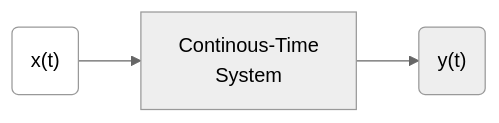
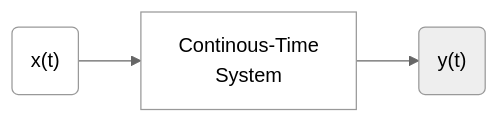
Before and after one commit to setrar/dsp: the diagram in signal-processing/kutz/README.md, drawn with Mermaid (neutral theme).

````diff
--- a/signal-processing/kutz/README.md
+++ b/signal-processing/kutz/README.md
@@ -50,7 +50,7 @@
 ```mermaid
 %%{init: {"flowchart": {"htmlLabels": false}} }%%
 flowchart LR
     A("x(t)"):::someclass -->B[Continous-Time \n System]
-    B-->id("y(t)")
+    B:::someclass-->id("y(t)")
     classDef someclass fill:#fff
 ```
````
